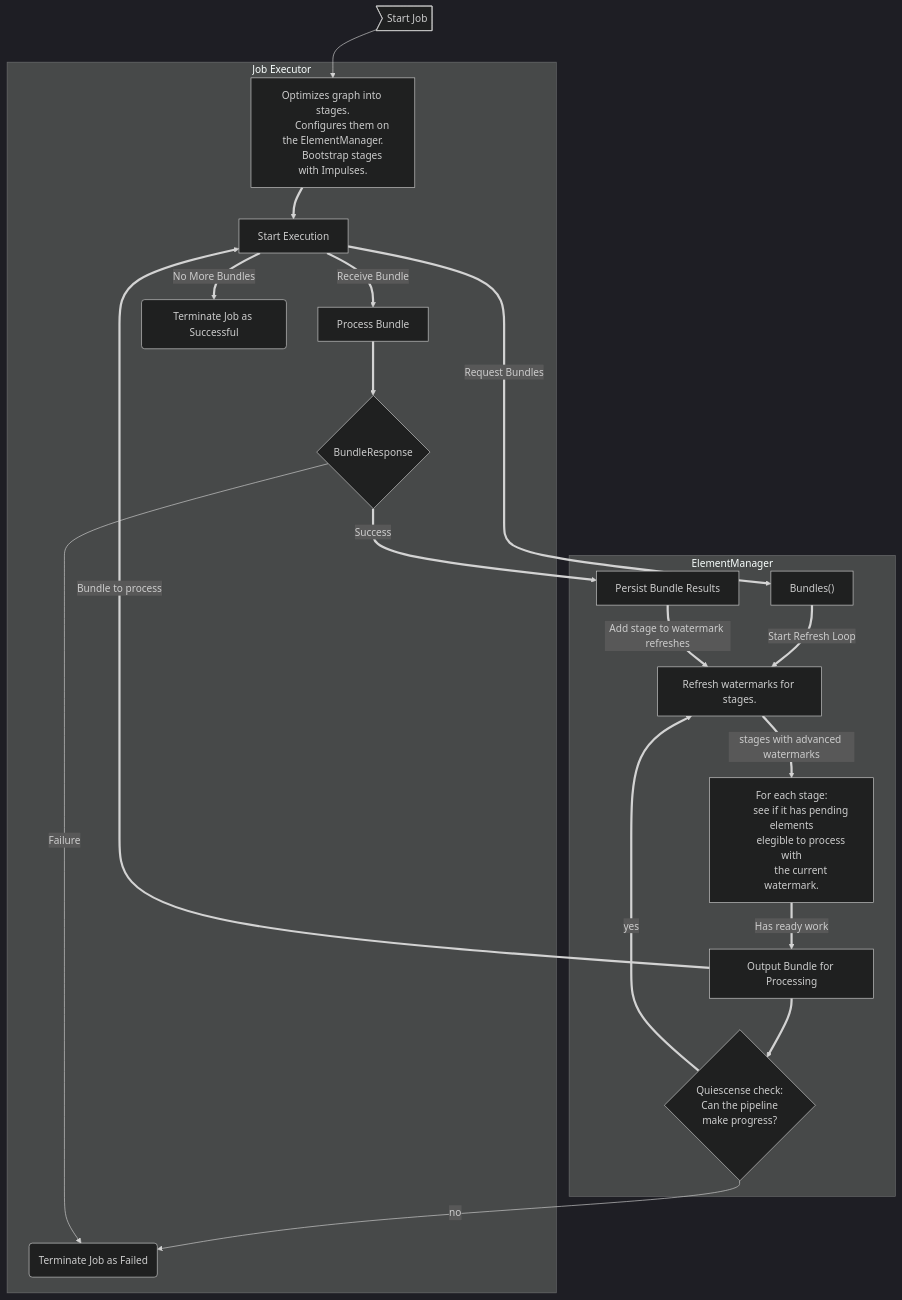
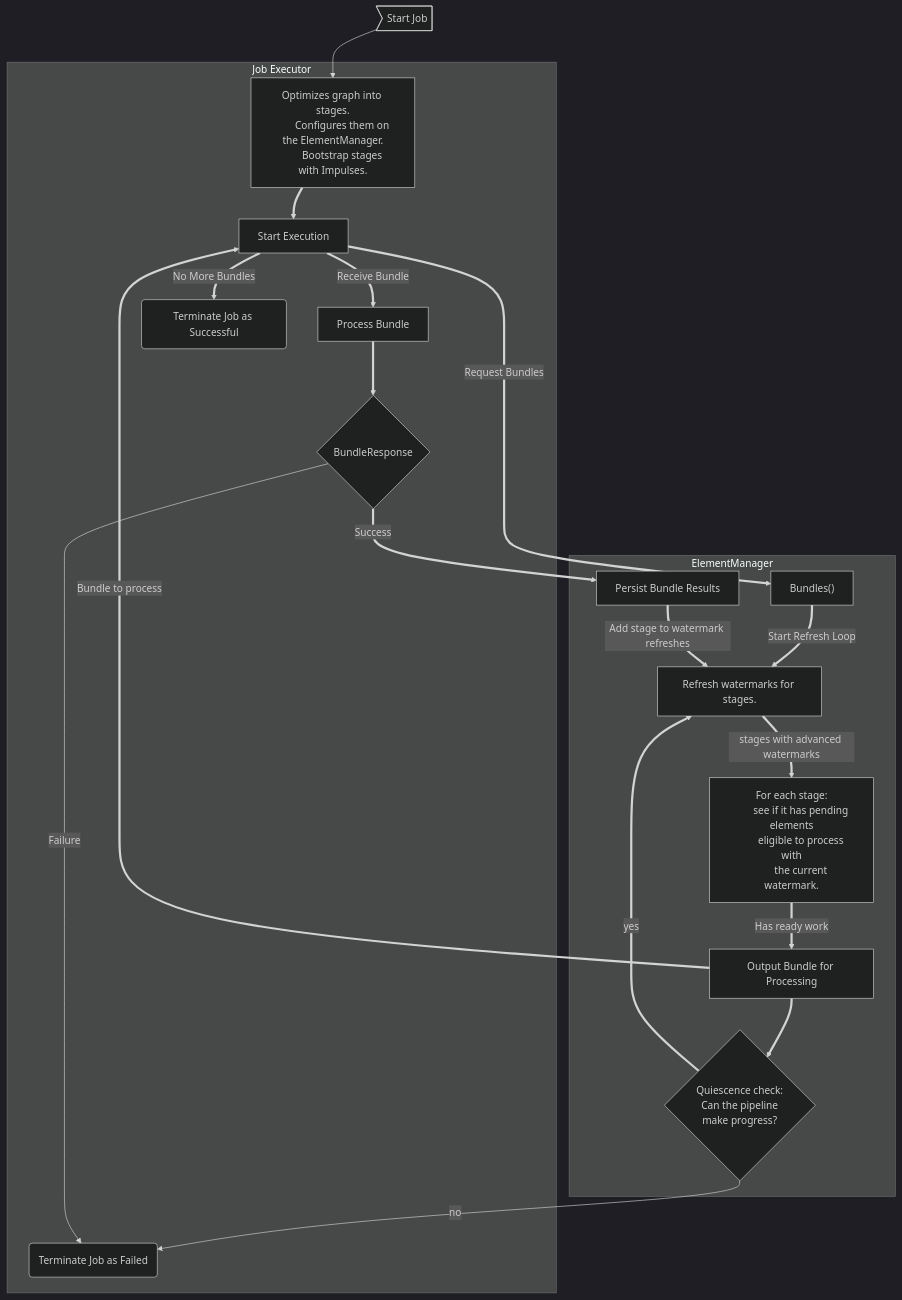
Before and after one commit to apache/beam: the second of 3 diagrams in sdks/go/pkg/beam/runners/prism/internal/README.md, drawn with Mermaid (dark theme). The commit also changed other lines of this file and 17 other files, not shown here.

````diff
--- a/sdks/go/pkg/beam/runners/prism/internal/README.md
+++ b/sdks/go/pkg/beam/runners/prism/internal/README.md
@@ -172,69 +172,69 @@
 ```mermaid
 graph TD;
     Start>Start Job]
     subgraph X [Job Executor]
     Build["
         Optimizes graph into stages.
         Configures them on the ElementManager.
         Bootstrap stages with Impulses.
     "]
     ExecuteBundles["Start Execution"]
     Process["
         Process Bundle
     "]
     BundleResponse{"
        BundleResponse
     "}
     Success("
         Terminate Job as Successful
     ")
     Failed("
         Terminate Job as Failed
     ")
     end
     subgraph EM [ElementManager]
     Bundles["
         Bundles()
     "]
     Refresh["
         Refresh watermarks for stages.
     "]
     CheckReady["
         For each stage:
         see if it has pending elements
-        elegible to process with
+        eligible to process with
         the current watermark.
     "]
     Emit["
       Output Bundle for Processing
     "]
     Quiescense{"
-      Quiescense check:
+      Quiescence check:
       Can the pipeline
       make progress?
     "}
     Persist["
         Persist Bundle Results
     "]
     end
 
     Start-->Build
     Build==>ExecuteBundles
     ExecuteBundles== Request Bundles ==>Bundles
     ExecuteBundles== Receive Bundle ==> Process
     ExecuteBundles== No More Bundles ==>Success
     Bundles== Start Refresh Loop ==>Refresh
     Refresh== stages with advanced watermarks ==>CheckReady
     CheckReady== "Has ready work" ==>Emit
     Emit ==> Quiescense
     Quiescense== yes ==>Refresh
     Quiescense-- no -->Failed
     Emit== Bundle to process==>ExecuteBundles
     BundleResponse == "Success" ==> Persist
     BundleResponse -- "Failure" --> Failed
     Process ==> BundleResponse
     Persist == Add stage to watermark refreshes ==> Refresh
 
     Start ~~~ Bundles
     Build ~~~ Bundles
 ```
````
